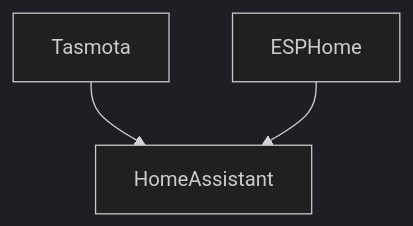
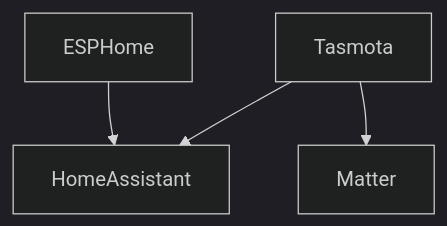
One commit to lucaskatayama/learn-iot changed the diagram in docs/source/smarthome/index.rst. Above: the diagram before and after it, drawn with Mermaid (dark theme). The commit also changed other lines of this file and 33 other files, not shown here.

```diff
--- a/docs/source/smarthome/index.rst
+++ b/docs/source/smarthome/index.rst
@@ -13,6 +13,7 @@
 .. mermaid::
     :align: center
 
     graph TD
         Tasmota --> HomeAssistant
         ESPHome --> HomeAssistant
+        Tasmota --> Matter
```
